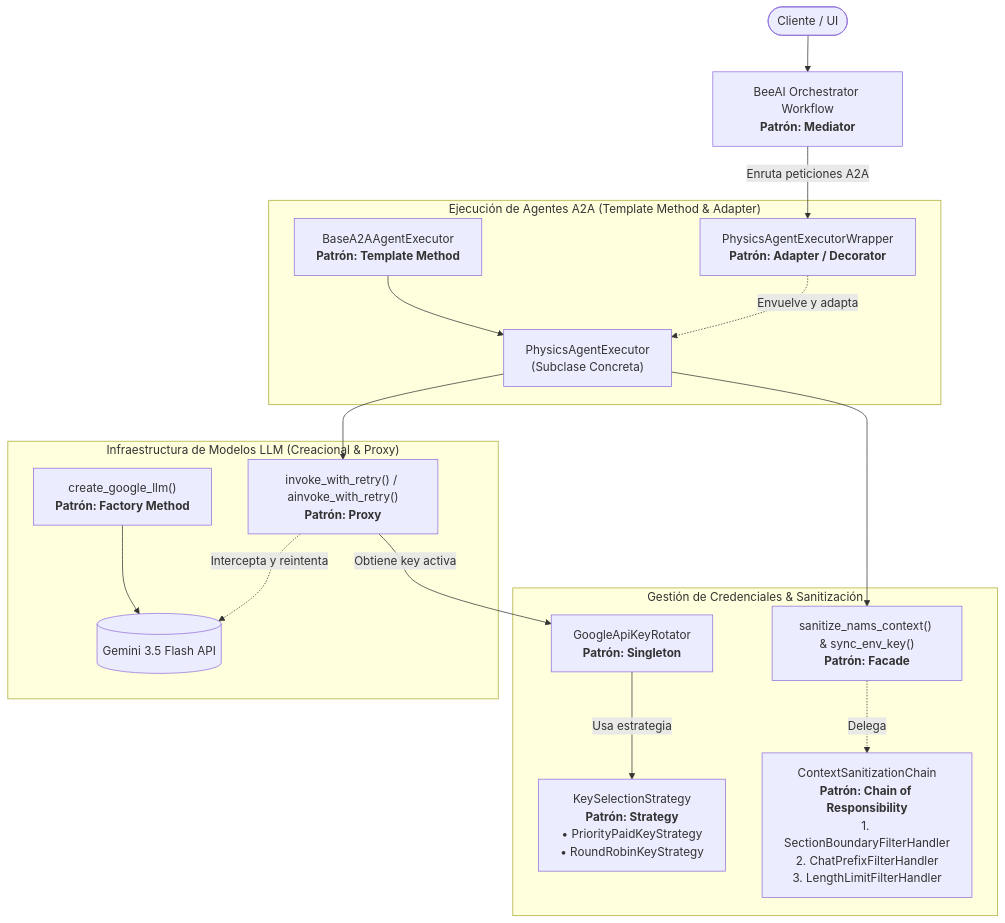
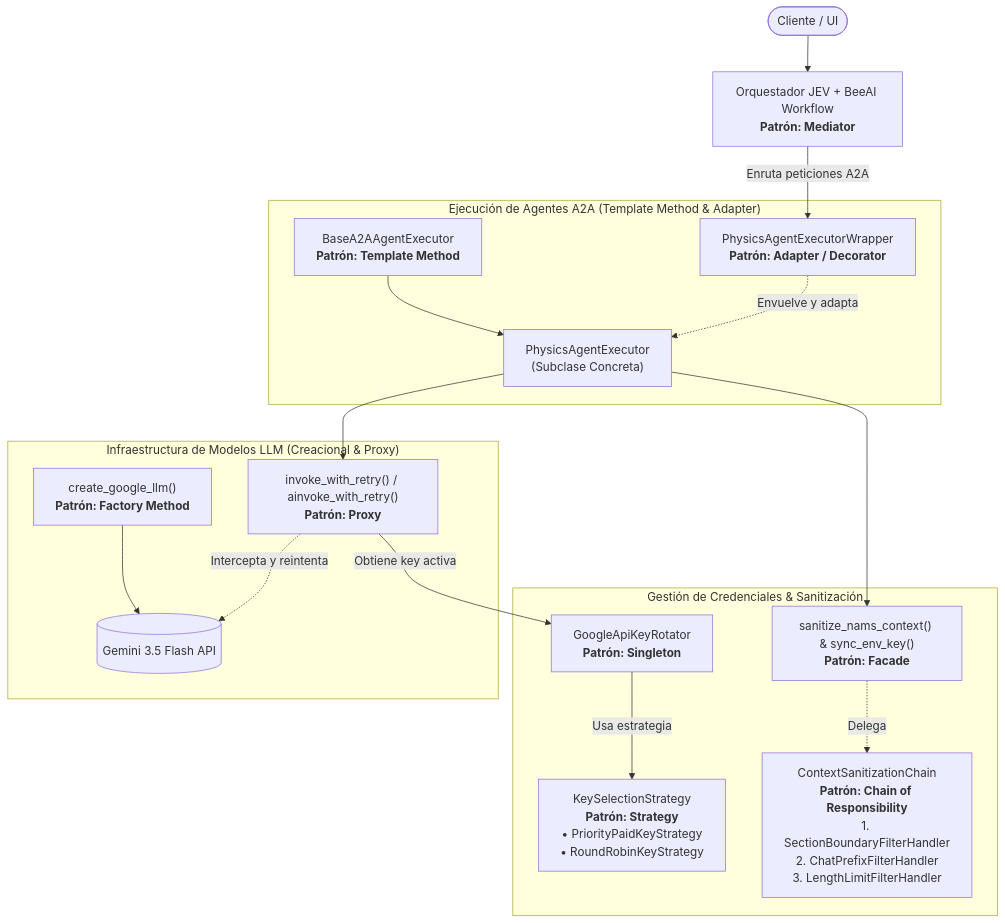
The second of 6 diagrams in README.md (dracero/a2a-test-alone), drawn with Mermaid before and after one commit. The commit also changed other lines of this file and 1 other file, not shown here.

````diff
--- a/README.md
+++ b/README.md
@@ -173,37 +186,37 @@
 ```mermaid
 graph TD
-    User([Cliente / UI]) --> Orch[BeeAI Orchestrator Workflow<br/><b>Patrón: Mediator</b>]
+    User([Cliente / UI]) --> Orch[Orquestador JEV + BeeAI Workflow<br/><b>Patrón: Mediator</b>]
     
     subgraph "Ejecución de Agentes A2A (Template Method & Adapter)"
         BaseExec["BaseA2AAgentExecutor<br/><b>Patrón: Template Method</b>"]
         PhysicsExec["PhysicsAgentExecutor<br/>(Subclase Concreta)"]
         Wrapper["PhysicsAgentExecutorWrapper<br/><b>Patrón: Adapter / Decorator</b>"]
         BaseExec --> PhysicsExec
         Wrapper -.->|Envuelve y adapta| PhysicsExec
     end
 
     Orch -->|Enruta peticiones A2A| Wrapper
 
     subgraph "Infraestructura de Modelos LLM (Creacional & Proxy)"
         LLMFactory["create_google_llm()<br/><b>Patrón: Factory Method</b>"]
         ProxyInvoke["invoke_with_retry() / ainvoke_with_retry()<br/><b>Patrón: Proxy</b>"]
         LLM[(Gemini 3.5 Flash API)]
         
         LLMFactory --> LLM
         ProxyInvoke -.->|Intercepta y reintenta| LLM
     end
 
     subgraph "Gestión de Credenciales & Sanitización"
         Rotator["GoogleApiKeyRotator<br/><b>Patrón: Singleton</b>"]
         KeyStrategy["KeySelectionStrategy<br/><b>Patrón: Strategy</b><br/>• PriorityPaidKeyStrategy<br/>• RoundRobinKeyStrategy"]
         Chain["ContextSanitizationChain<br/><b>Patrón: Chain of Responsibility</b><br/>1. SectionBoundaryFilterHandler<br/>2. ChatPrefixFilterHandler<br/>3. LengthLimitFilterHandler"]
         Facade["sanitize_nams_context() & sync_env_key()<br/><b>Patrón: Facade</b>"]
         
         Rotator -->|Usa estrategia| KeyStrategy
         Facade -.->|Delega| Chain
         ProxyInvoke -->|Obtiene key activa| Rotator
     end
 
     PhysicsExec --> ProxyInvoke
     PhysicsExec --> Facade
 ```
````
